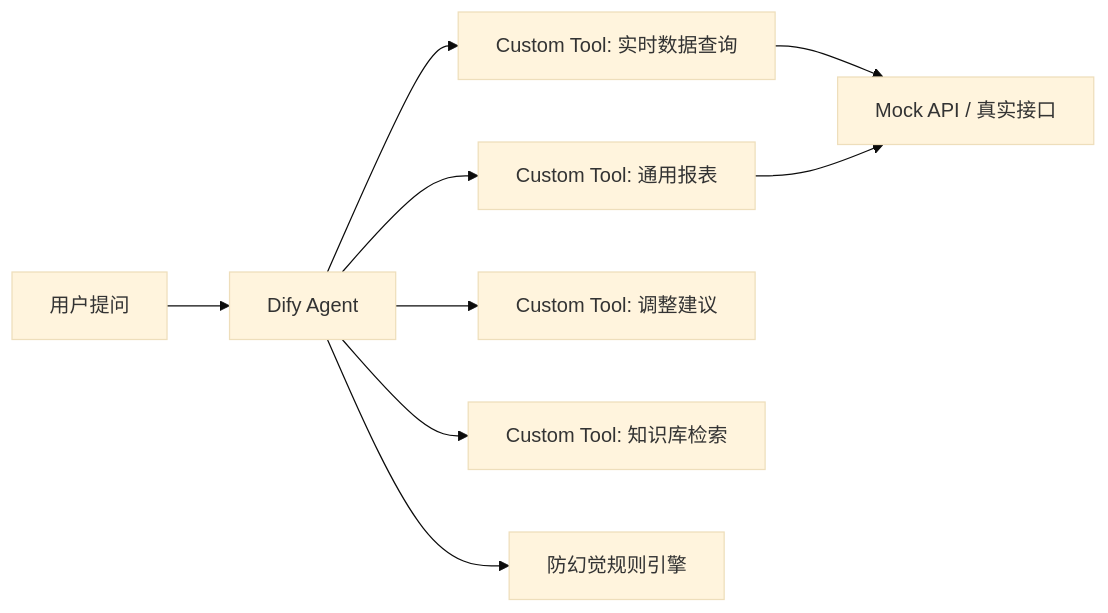
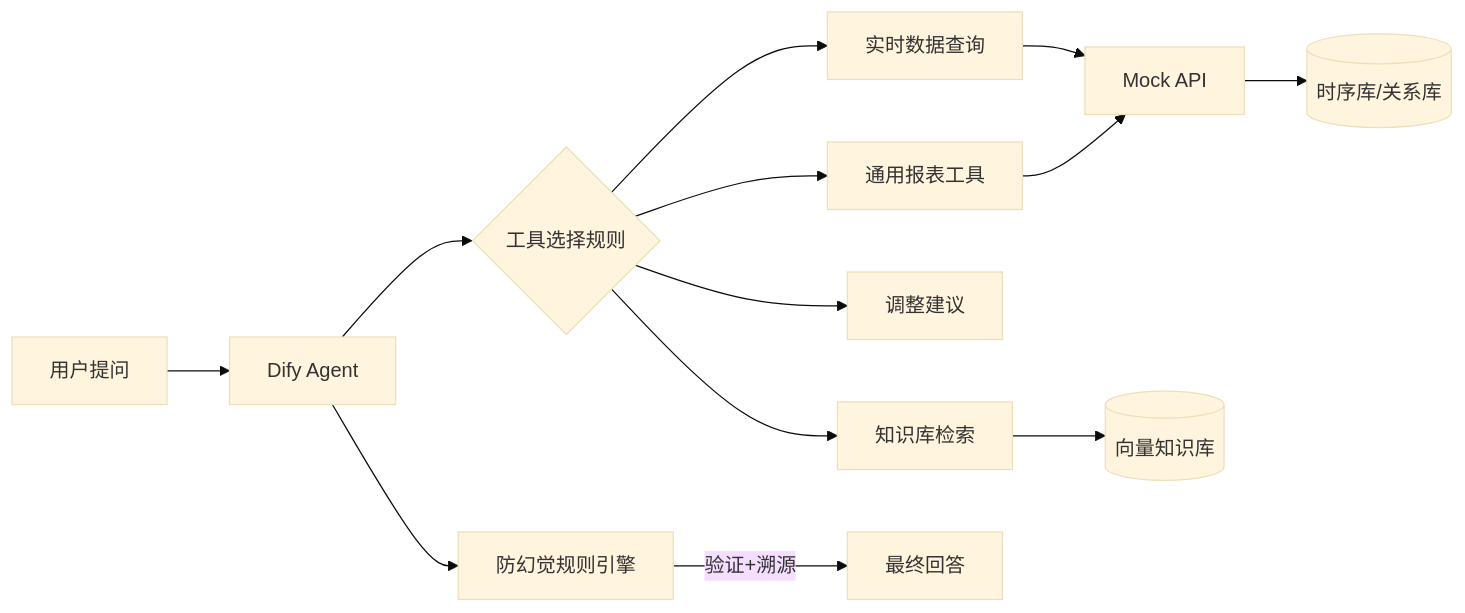
One commit to yang-shenxu/engineering-delivery-playbook changed the diagram in README.md. Above: the diagram before and after it, drawn with Mermaid (base theme). The commit also changed other lines of this file, not shown here.

Commit message:
docs: README 补全三大方法论、架构图与路线图

````diff
--- a/README.md
+++ b/README.md
@@ -7,11 +38,15 @@
 ```mermaid
 graph LR
     U[用户提问] --> A[Dify Agent]
-    A --> T1[Custom Tool: 实时数据查询]
-    A --> T2[Custom Tool: 通用报表]
-    A --> T3[Custom Tool: 调整建议]
-    A --> T4[Custom Tool: 知识库检索]
-    T1 --> M[Mock API / 真实接口]
+    A --> R{工具选择规则}
+    R --> T1[实时数据查询]
+    R --> T2[通用报表工具]
+    R --> T3[调整建议]
+    R --> T4[知识库检索]
+    T1 --> M[Mock API]
     T2 --> M
-    A --> K[防幻觉规则引擎]
+    M --> DB[(时序库/关系库)]
+    T4 --> K[(向量知识库)]
+    A --> F[防幻觉规则引擎]
+    F -->|验证+溯源| Out[最终回答]
 ```
````
